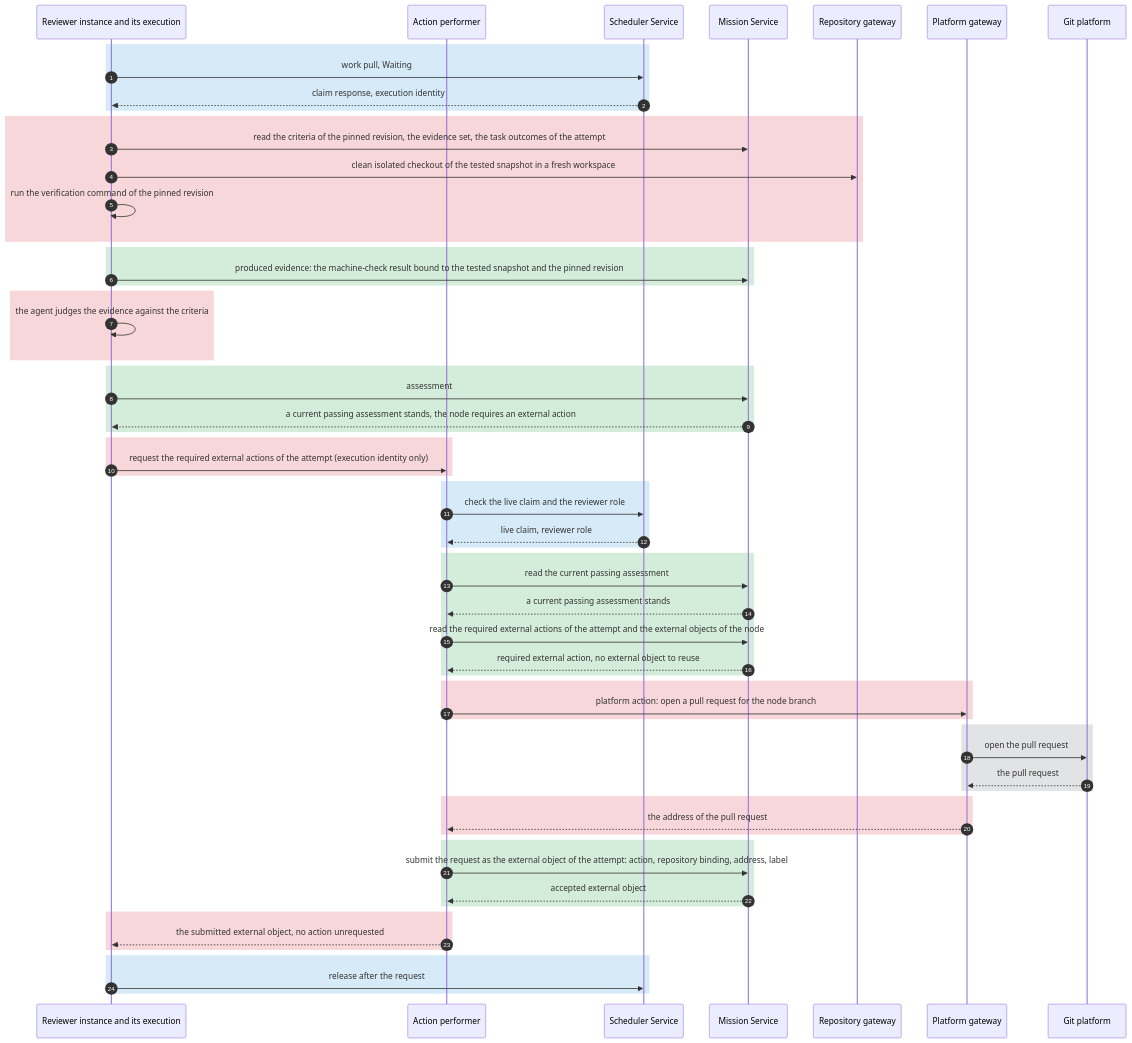
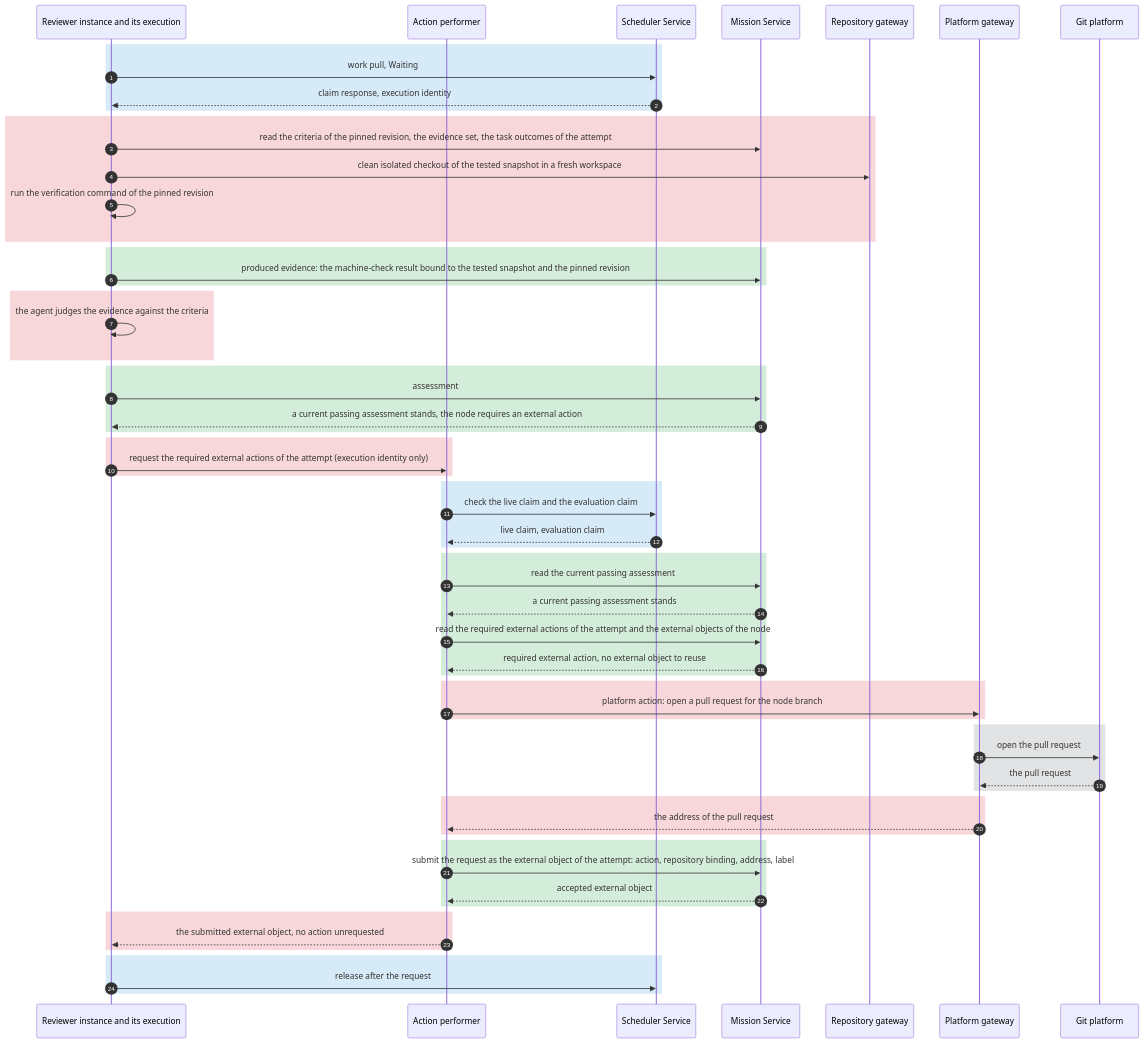
One commit to kanthorlabs/kanthord changed the fifth of 8 diagrams in docs/worker-service.md. Above: the diagram before and after it, drawn with Mermaid. The commit also changed other lines of this file and 16 other files, not shown here.

````diff
--- a/docs/worker-service.md
+++ b/docs/worker-service.md
@@ -558,64 +517,64 @@
 ```mermaid
 sequenceDiagram
     autonumber
     participant R as Reviewer instance and its execution
     participant AP as Action performer
     participant S as Scheduler Service
     participant M as Mission Service
     participant RG as Repository gateway
     participant PG as Platform gateway
     participant G as Git platform
 
     rect rgb(214, 234, 248)
         R->>S: work pull, Waiting
         S-->>R: claim response, execution identity
     end
     rect rgb(248, 215, 218)
         R->>M: read the criteria of the pinned revision, the evidence set, the task outcomes of the attempt
         R->>RG: clean isolated checkout of the tested snapshot in a fresh workspace
         R->>R: run the verification command of the pinned revision
     end
     rect rgb(212, 237, 218)
         R->>M: produced evidence: the machine-check result bound to the tested snapshot and the pinned revision
     end
     rect rgb(248, 215, 218)
         R->>R: the agent judges the evidence against the criteria
     end
     rect rgb(212, 237, 218)
         R->>M: assessment
         M-->>R: a current passing assessment stands, the node requires an external action
     end
     rect rgb(248, 215, 218)
         R->>AP: request the required external actions of the attempt (execution identity only)
     end
     rect rgb(214, 234, 248)
-        AP->>S: check the live claim and the reviewer role
-        S-->>AP: live claim, reviewer role
+        AP->>S: check the live claim and the evaluation claim
+        S-->>AP: live claim, evaluation claim
     end
     rect rgb(212, 237, 218)
         AP->>M: read the current passing assessment
         M-->>AP: a current passing assessment stands
         AP->>M: read the required external actions of the attempt and the external objects of the node
         M-->>AP: required external action, no external object to reuse
     end
     rect rgb(248, 215, 218)
         AP->>PG: platform action: open a pull request for the node branch
     end
     rect rgb(226, 227, 229)
         PG->>G: open the pull request
         G-->>PG: the pull request
     end
     rect rgb(248, 215, 218)
         PG-->>AP: the address of the pull request
     end
     rect rgb(212, 237, 218)
         AP->>M: submit the request as the external object of the attempt: action, repository binding, address, label
         M-->>AP: accepted external object
     end
     rect rgb(248, 215, 218)
         AP-->>R: the submitted external object, no action unrequested
     end
     rect rgb(214, 234, 248)
         R->>S: release after the request
     end
 ```
````
